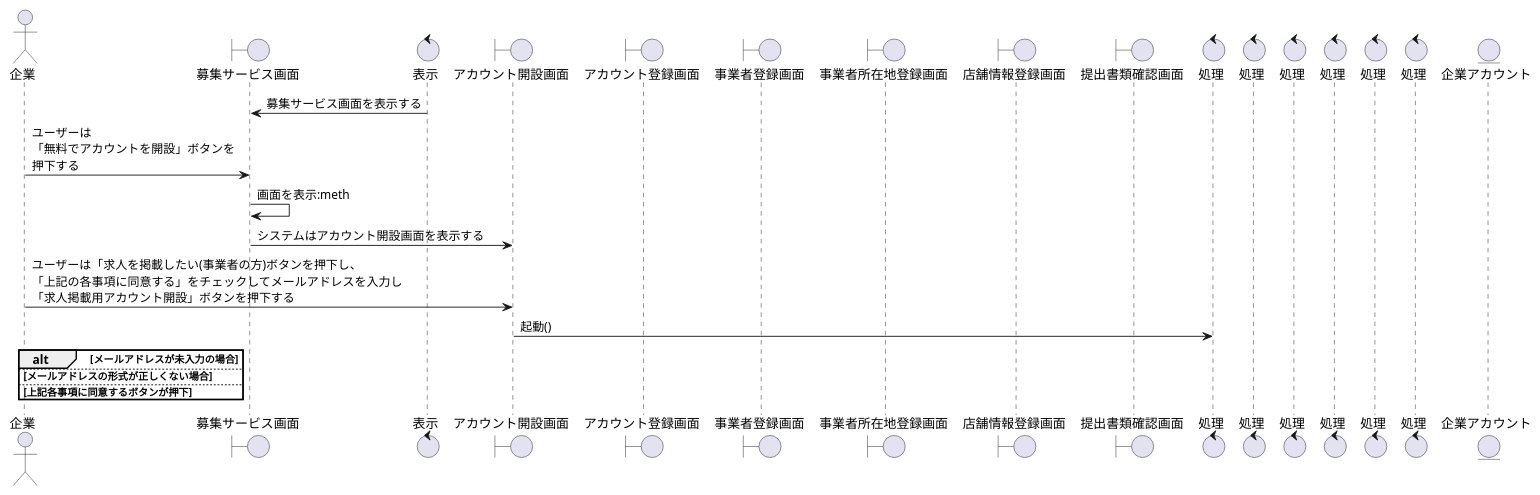
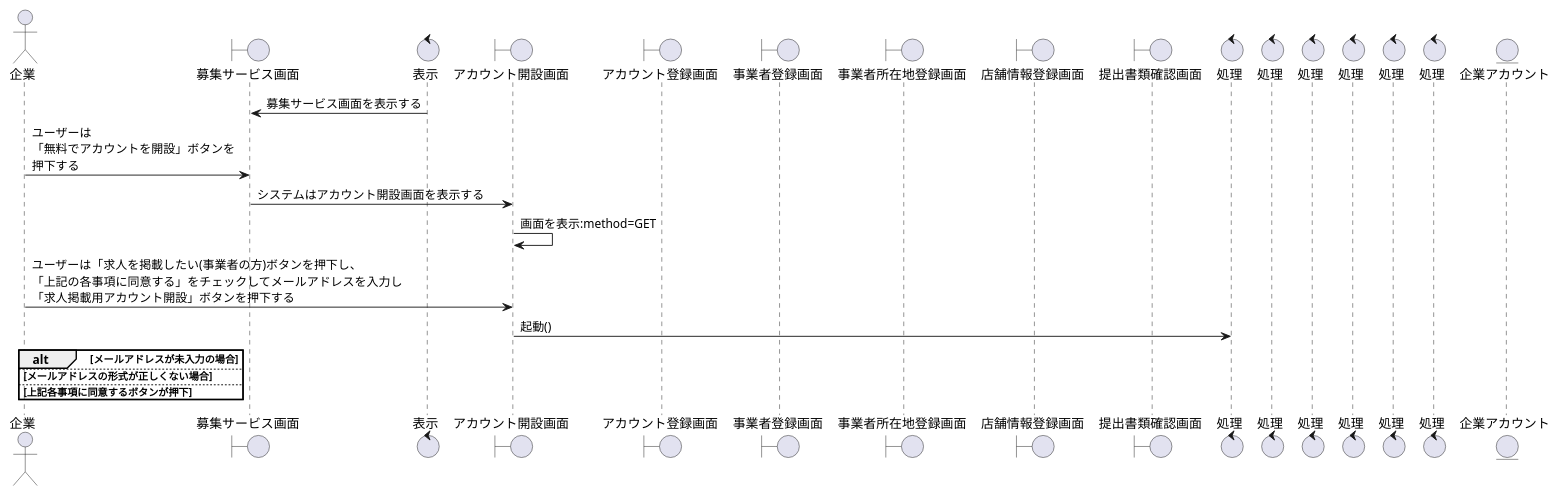
One commit to irukacb256/high_Me changed the diagram in sequence_fig/1_login_fn/3_企業のアカウントを作成する.pu. Above: the diagram before and after it, drawn with PlantUML.

```diff
--- a/sequence_fig/1_login_fn/3_企業のアカウントを作成する.pu
+++ b/sequence_fig/1_login_fn/3_企業のアカウントを作成する.pu
@@ -1,47 +1,47 @@
 @startuml 企業のアカウントを作成する
 
 ' 1
 actor 企業 as cp1
 
 boundary 募集サービス画面 as rsv1
 control 表示 as co1
 
 boundary アカウント開設画面 as acv1
 boundary アカウント登録画面 as arv1 
 boundary 事業者登録画面 as mrv1
 boundary 事業者所在地登録画面 as mlv1
 boundary 店舗情報登録画面 as bov1
 boundary 提出書類確認画面 as dcv1
 
 control 処理 as co2
 control 処理 as co3
 control 処理 as co4
 control 処理 as co5
 control 処理 as co6
 control 処理 as co7
 
 entity 企業アカウント as ac2
 
 ' 2
 co1 -> rsv1 : 募集サービス画面を表示する
 cp1 -> rsv1 : ユーザーは\n「無料でアカウントを開設」ボタンを\n押下する
-rsv1 -> rsv1 : 画面を表示:meth
 rsv1 -> acv1 : システムはアカウント開設画面を表示する
+acv1 -> acv1 : 画面を表示:method=GET
 cp1 -> acv1 : ユーザーは「求人を掲載したい(事業者の方)ボタンを押下し、\n「上記の各事項に同意する」をチェックしてメールアドレスを入力し\n「求人掲載用アカウント開設」ボタンを押下する
 acv1 -> co2 : 起動()
 
 alt メールアドレスが未入力の場合
 
 else メールアドレスの形式が正しくない場合
 
 else 上記各事項に同意するボタンが押下
 
 end
 
 
 
 
 
 
 
 @enduml
```
